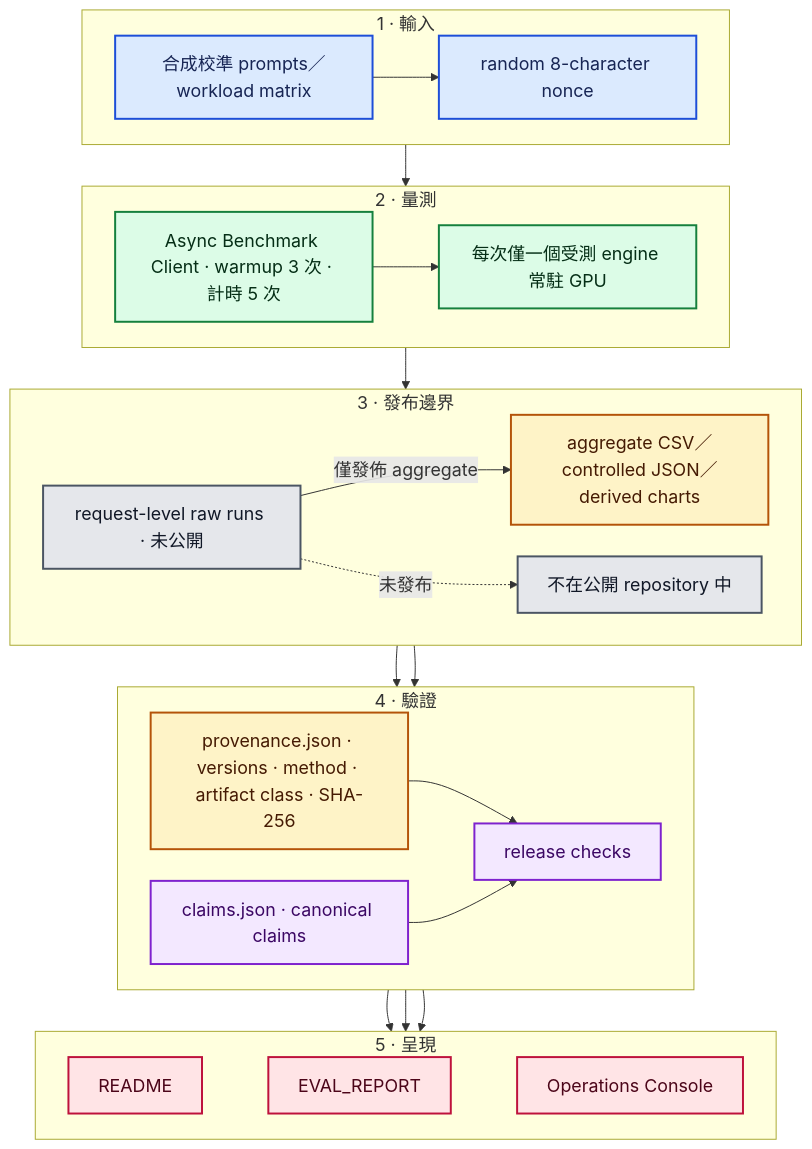
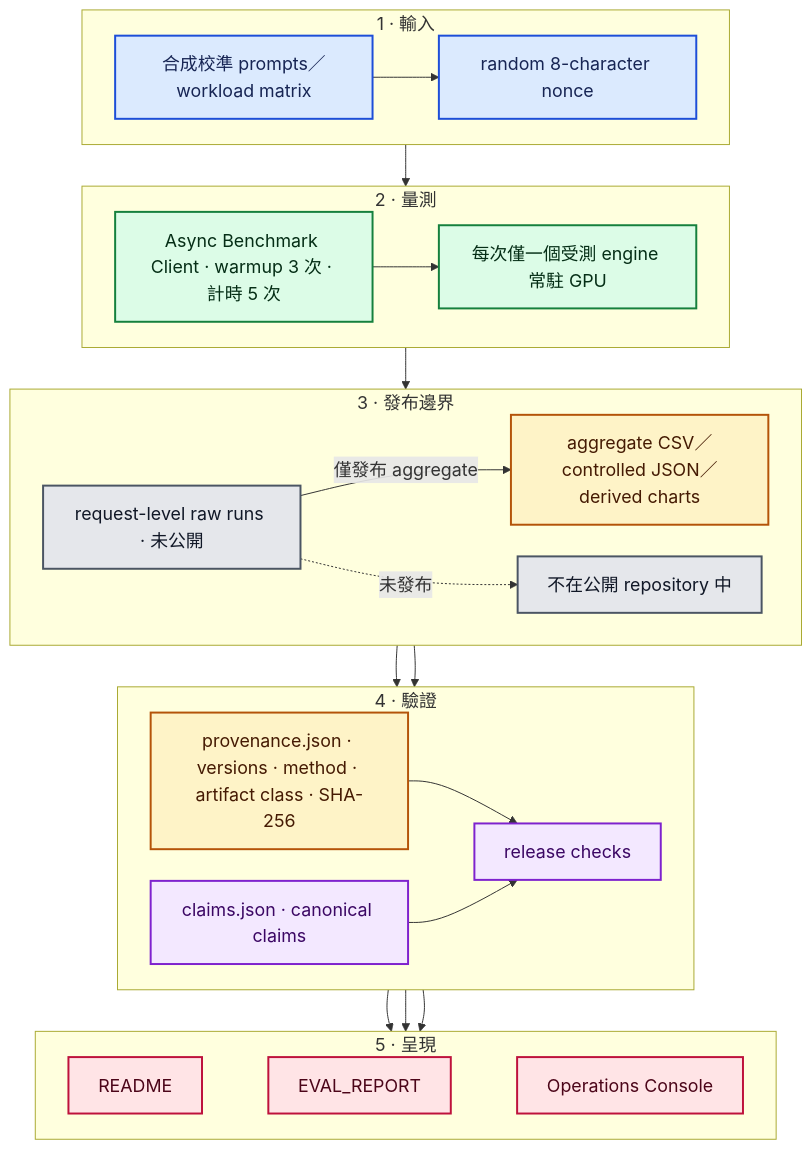
Before and after one commit to kuotunyu/local-inference-bench-gateway: the third of 3 diagrams in README.md, drawn with Mermaid. The commit also changed other lines of this file and 1 other file, not shown here.

Commit message:
docs: enforce exact README diagram labels

````diff
--- a/README.md
+++ b/README.md
@@ -114,64 +114,64 @@
 ```mermaid
 %%{init: {"themeVariables": {"fontSize": "18px"}, "flowchart": {"nodeSpacing": 32, "rankSpacing": 42}}}%%
 flowchart TB
     subgraph Inputs["1 · 輸入"]
         direction LR
         Workload["合成校準 prompts／workload matrix"]
         Nonce["random 8-character nonce"]
         Workload --> Nonce
     end
 
     subgraph Measurement["2 · 量測"]
         direction LR
         Client["Async Benchmark Client · warmup 3 次 · 計時 5 次"]
         Resident["每次僅一個受測 engine 常駐 GPU"]
         Client --> Resident
     end
 
     subgraph Boundary["3 · 發布邊界"]
         direction LR
         Raw["request-level raw runs · 未公開"]
         Aggregate["aggregate CSV／controlled JSON／derived charts"]
         Private["不在公開 repository 中"]
-        Raw -->|"僅發佈 aggregate"| Aggregate
+        Raw -->|"僅發布 aggregate"| Aggregate
         Raw -. 未發布 .-> Private
     end
 
     subgraph Verification["4 · 驗證"]
         direction LR
         Provenance["provenance.json · versions · method · artifact class · SHA-256"]
         Claims["claims.json · canonical claims"]
         Checks["release checks"]
         Provenance --> Checks
         Claims --> Checks
     end
 
     subgraph Presentation["5 · 呈現"]
         direction LR
         Readme["README"]
         Eval["EVAL_REPORT"]
         Console["Operations Console"]
         Readme ~~~ Eval ~~~ Console
     end
 
     Nonce --> Client
     Resident --> Raw
     Aggregate --> Provenance
     Aggregate --> Claims
     Checks --> Readme
     Checks --> Eval
     Checks --> Console
 
     classDef input fill:#DBEAFE,stroke:#1D4ED8,stroke-width:2px,color:#172554;
     classDef measurement fill:#DCFCE7,stroke:#15803D,stroke-width:2px,color:#052E16;
     classDef artifact fill:#FEF3C7,stroke:#B45309,stroke-width:2px,color:#451A03;
     classDef verification fill:#F3E8FF,stroke:#7E22CE,stroke-width:2px,color:#3B0764;
     classDef presentation fill:#FFE4E6,stroke:#BE123C,stroke-width:2px,color:#4C0519;
     classDef unpublished fill:#E5E7EB,stroke:#4B5563,stroke-width:2px,color:#111827;
     class Workload,Nonce input;
     class Client,Resident measurement;
     class Raw,Private unpublished;
     class Aggregate,Provenance artifact;
     class Claims,Checks verification;
     class Readme,Eval,Console presentation;
 ```
````
